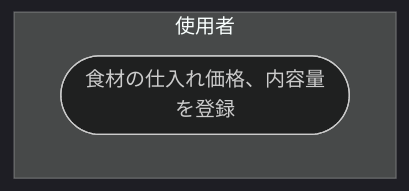
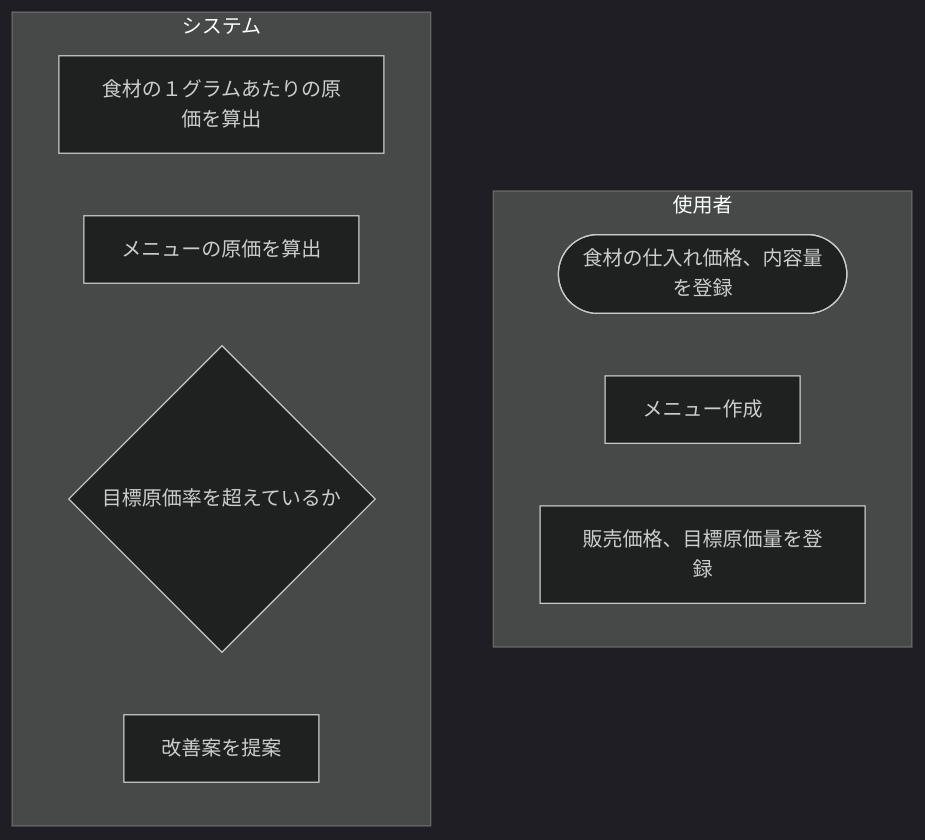
One commit to kamakiri604/Cost-Manager changed the diagram in documents/DESIGN.md. Above: the diagram before and after it, drawn with Mermaid (dark theme).

````diff
--- a/documents/DESIGN.md
+++ b/documents/DESIGN.md
@@ -5,6 +5,16 @@
 ```mermaid
 flowchart TD
     subgraph 使用者
         A(["食材の仕入れ価格、内容量を登録"])
+        B["メニュー作成"]
+        C["販売価格、目標原価量を登録"]
+    end
+
+    subgraph システム
+        D["食材の１グラムあたりの原価を算出"]
+        E["メニューの原価を算出"]
+        F{"目標原価率を超えているか"}
+        G["そのまま登録"]
+        G["改善案を提案"]
     end
 ```
````
